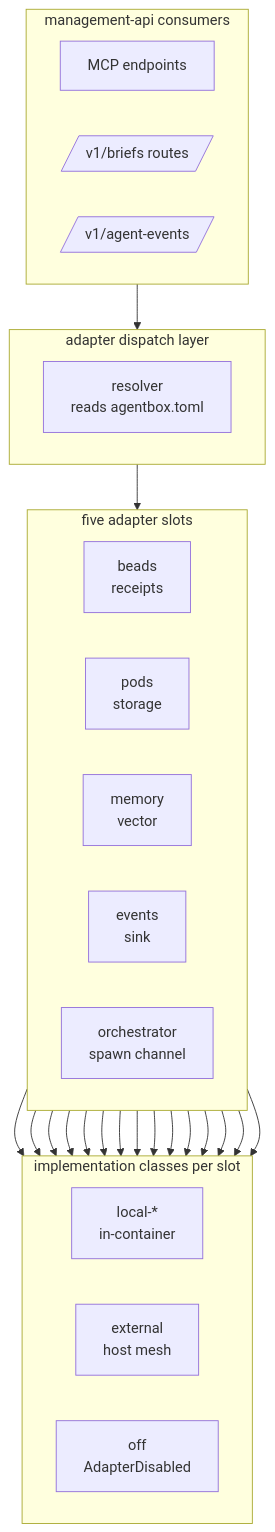
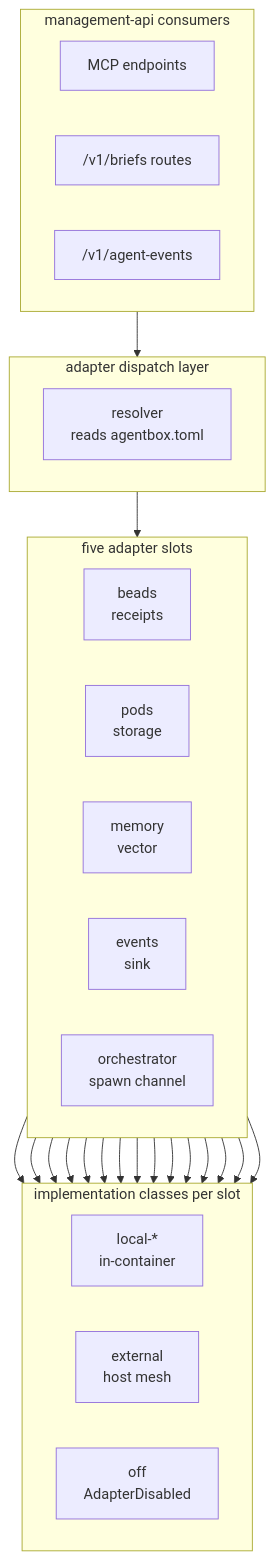
One commit to DreamLab-AI/agentbox changed the second of 3 diagrams in docs/prd/PRD-001-capabilities-and-adapters.md. Above: the diagram before and after it, drawn with Mermaid. The commit also changed other lines of this file and 39 other files, not shown here.

````diff
--- a/docs/prd/PRD-001-capabilities-and-adapters.md
+++ b/docs/prd/PRD-001-capabilities-and-adapters.md
@@ -151,32 +198,32 @@
 ```mermaid
 flowchart TB
     subgraph consumer["management-api consumers"]
         ME[MCP endpoints]
-        BR[/v1/briefs routes/]
-        AE[/v1/agent-events/]
+        BR["/v1/briefs routes"]
+        AE["/v1/agent-events"]
     end
 
     subgraph dispatch["adapter dispatch layer"]
         RES[resolver<br/>reads agentbox.toml]
     end
 
     subgraph slots["five adapter slots"]
         direction LR
         B[beads<br/>receipts]
         P[pods<br/>storage]
         M[memory<br/>vector]
         E[events<br/>sink]
         O[orchestrator<br/>spawn channel]
     end
 
     subgraph impls["implementation classes per slot"]
         direction LR
         L[local-*<br/>in-container]
         X[external<br/>host mesh]
         F[off<br/>AdapterDisabled]
     end
 
     consumer --> dispatch
     dispatch --> slots
     B & P & M & E & O --> L & X & F
 ```
````
